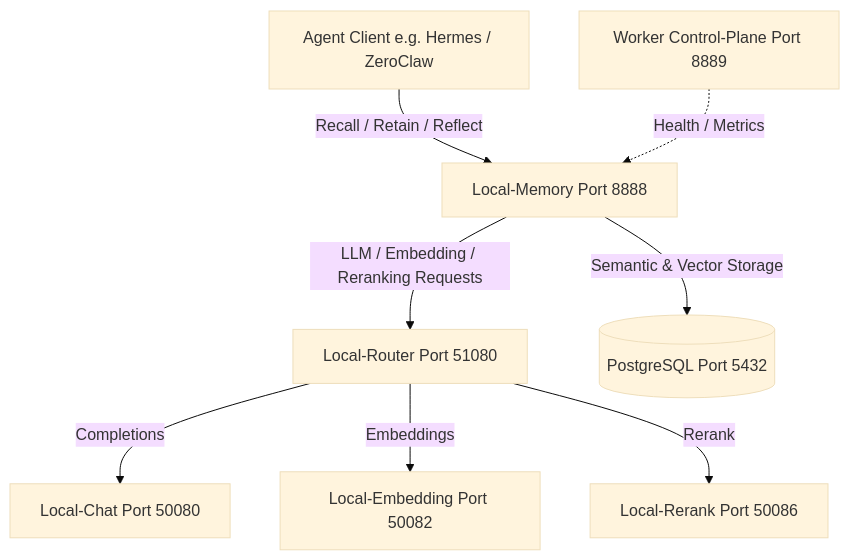
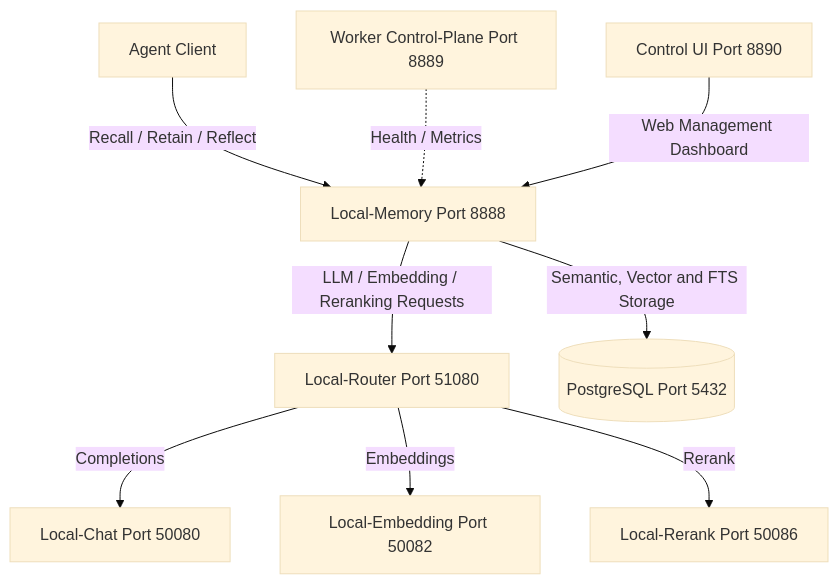
One commit to wuxxin/agents-shared changed the diagram in assistants/local-memory.md. Above: the diagram before and after it, drawn with Mermaid (base theme). The commit also changed other lines of this file and 2 other files, not shown here.

First line of the commit message:
Add control plane UI sidecar to local-memory.sh

````diff
--- a/assistants/local-memory.md
+++ b/assistants/local-memory.md
@@ -13,10 +13,11 @@
 ```mermaid
 graph TD
-    Agent[Agent Client e.g. Hermes / ZeroClaw] -->|Recall / Retain / Reflect| Memory[Local-Memory Port 8888]
+    Agent[Agent Client] -->|Recall / Retain / Reflect| Memory[Local-Memory Port 8888]
     Worker[Worker Control-Plane Port 8889] -.->|Health / Metrics| Memory
+    ControlUI[Control UI Port 8890] -->|Web Management Dashboard| Memory
     Memory -->|LLM / Embedding / Reranking Requests| Router[Local-Router Port 51080]
     Router -->|Completions| Chat[Local-Chat Port 50080]
     Router -->|Embeddings| Embed[Local-Embedding Port 50082]
     Router -->|Rerank| Rerank[Local-Rerank Port 50086]
-    Memory -->|Semantic & Vector Storage| Postgres[(PostgreSQL Port 5432)]
+    Memory -->|Semantic, Vector and FTS Storage| Postgres[(PostgreSQL Port 5432)]
 ```
````
